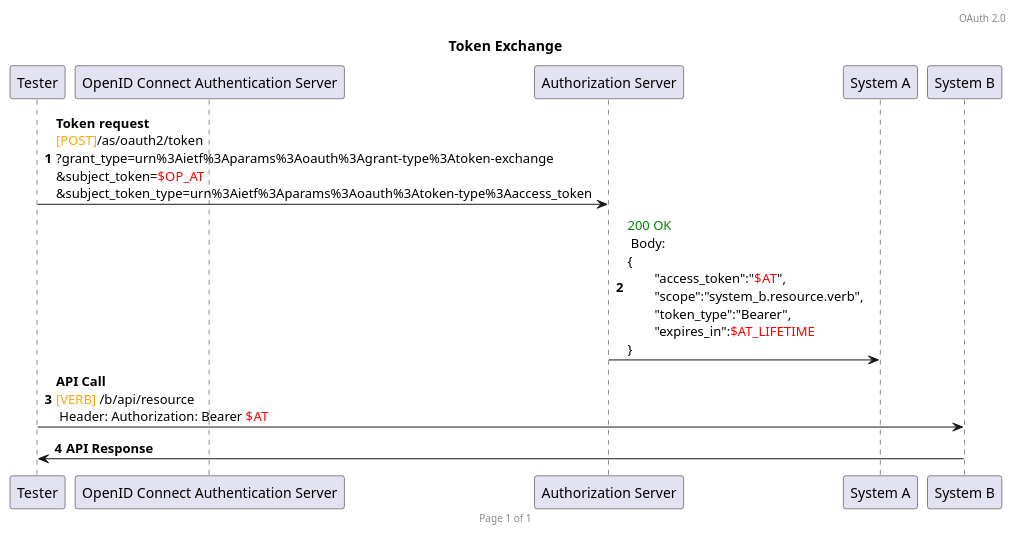
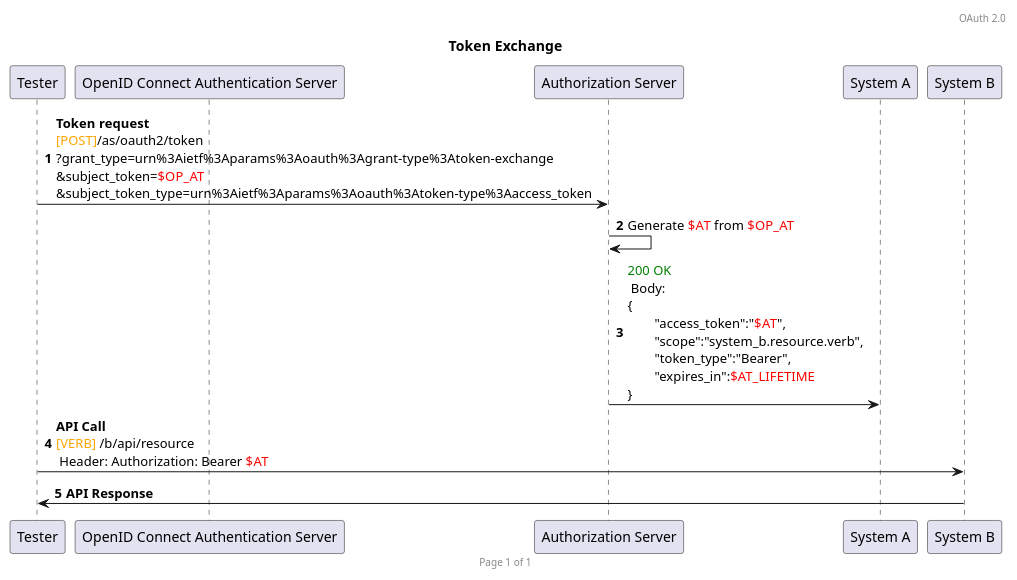
The diagram in plantuml/oauth2/token_exchange_system_impersonation.plantuml (HenriLefevrePro/Articles), drawn with PlantUML before and after one commit.

```diff
--- a/plantuml/oauth2/token_exchange_system_impersonation.plantuml
+++ b/plantuml/oauth2/token_exchange_system_impersonation.plantuml
@@ -1,20 +1,21 @@
 @startuml
 
 header OAuth 2.0
 footer Page %page% of %lastpage%
 
 title Token Exchange
 autonumber
 
 participant T as "Tester"
 participant OP as "OpenID Connect Authentication Server"
 participant Auth as "Authorization Server"
 participant A as "System A"
 participant B as "System B"
 
 T -> Auth : **Token request**\n<font color=orange>[POST]</font>/as/oauth2/token\n?grant_type=urn%3Aietf%3Aparams%3Aoauth%3Agrant-type%3Atoken-exchange\n&subject_token=<font color=red>$OP_AT</font>\n&subject_token_type=urn%3Aietf%3Aparams%3Aoauth%3Atoken-type%3Aaccess_token
+Auth -> Auth : Generate <font color=red>$AT</font> from <font color=red>$OP_AT</font>
 Auth -> A : <font color=green>200 OK</font> \n Body: \n{\n\t"access_token":"<font color=red>$AT</font>",\n\t"scope":"system_b.resource.verb",\n\t"token_type":"Bearer",\n\t"expires_in":<font color=red>$AT_LIFETIME</font>\n}
 
 T -> B : **API Call** \n<font color=orange>[VERB]</font> /b/api/resource\n Header: Authorization: Bearer <font color=red>$AT</font>
 B -> T : **API Response**
 @enduml
```
